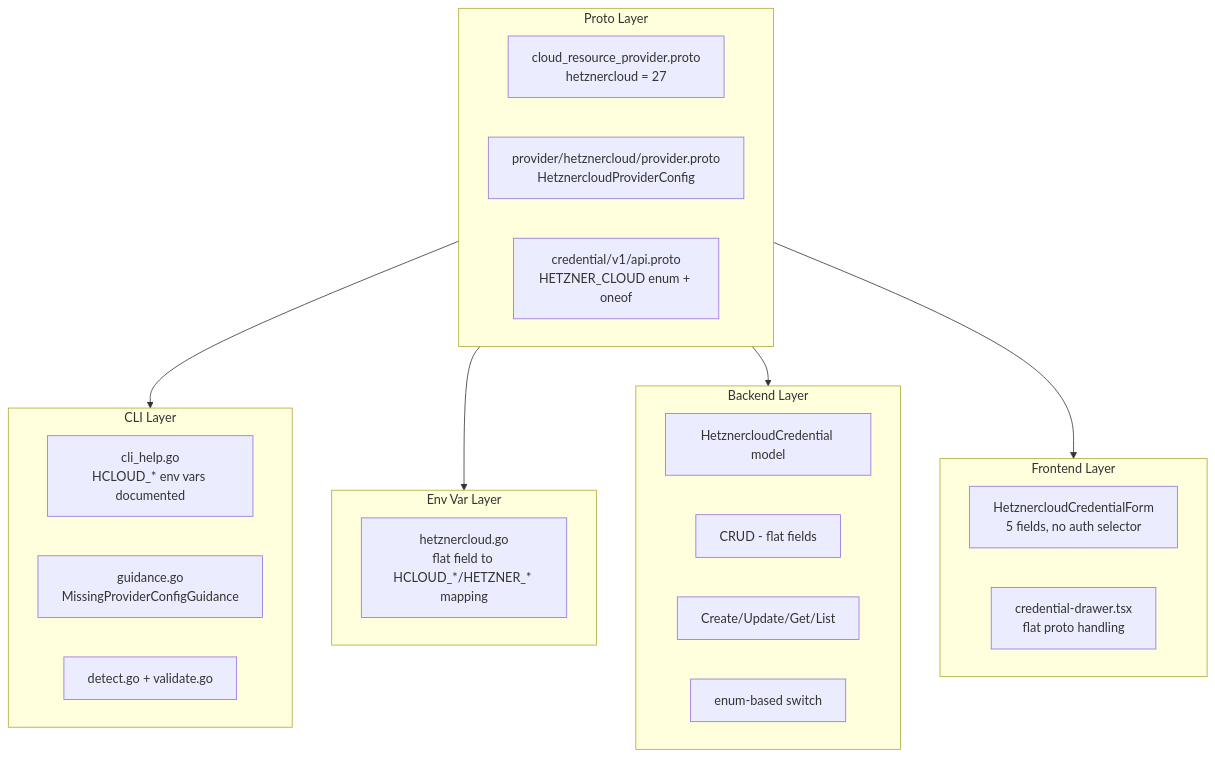
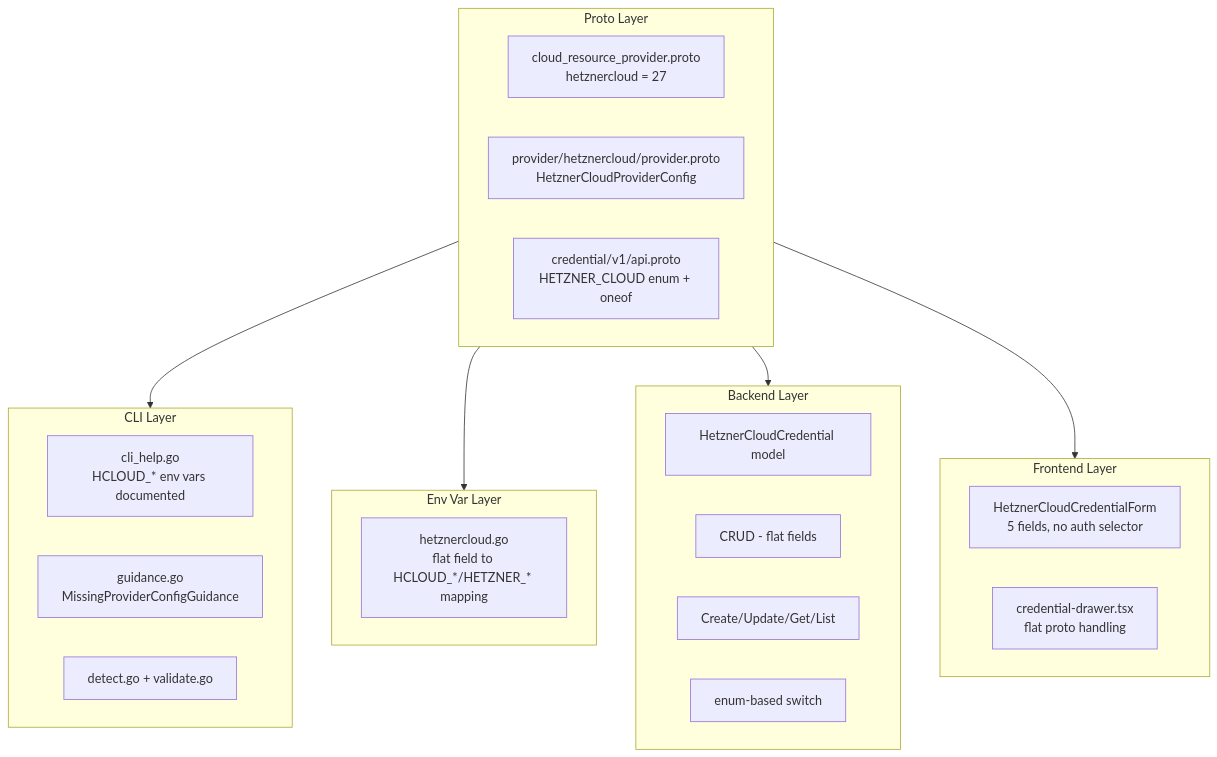
One commit to plantonhq/planton changed the first of 2 diagrams in _changelog/2026-02/2026-02-19-043000-hetznercloud-provider-integration.md. Above: the diagram before and after it, drawn with Mermaid. The commit also changed other lines of this file and 519 other files, not shown here.

Commit message:
renamed Hetznercloud to HetznerCloud in all proto messages

````diff
--- a/_changelog/2026-02/2026-02-19-043000-hetznercloud-provider-integration.md
+++ b/_changelog/2026-02/2026-02-19-043000-hetznercloud-provider-integration.md
@@ -31,35 +31,35 @@
 ```mermaid
 flowchart TB
     subgraph proto [Proto Layer]
         ProviderEnum["cloud_resource_provider.proto\nhetznercloud = 27"]
-        ProviderConfig["provider/hetznercloud/provider.proto\nHetznercloudProviderConfig"]
+        ProviderConfig["provider/hetznercloud/provider.proto\nHetznerCloudProviderConfig"]
         CredentialAPI["credential/v1/api.proto\nHETZNER_CLOUD enum + oneof"]
     end
 
     subgraph cli [CLI Layer]
         CLIHelp["cli_help.go\nHCLOUD_* env vars documented"]
         Guidance["guidance.go\nMissingProviderConfigGuidance"]
         Detect["detect.go + validate.go"]
     end
 
     subgraph envvars [Env Var Layer]
         Loader["hetznercloud.go\nflat field to HCLOUD_*/HETZNER_* mapping"]
     end
 
     subgraph backend [Backend Layer]
-        Model["HetznercloudCredential model"]
+        Model["HetznerCloudCredential model"]
         Repo["CRUD - flat fields"]
         Service["Create/Update/Get/List"]
         Resolver["enum-based switch"]
     end
 
     subgraph frontend [Frontend Layer]
-        Form["HetznercloudCredentialForm\n5 fields, no auth selector"]
+        Form["HetznerCloudCredentialForm\n5 fields, no auth selector"]
         Drawer["credential-drawer.tsx\nflat proto handling"]
     end
 
     proto --> cli
     proto --> envvars
     proto --> backend
     proto --> frontend
 ```
````
